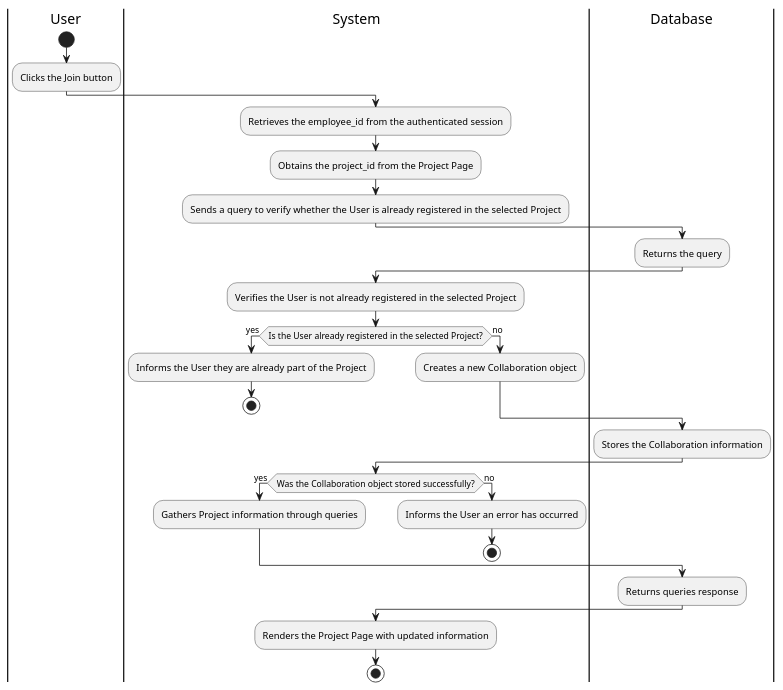
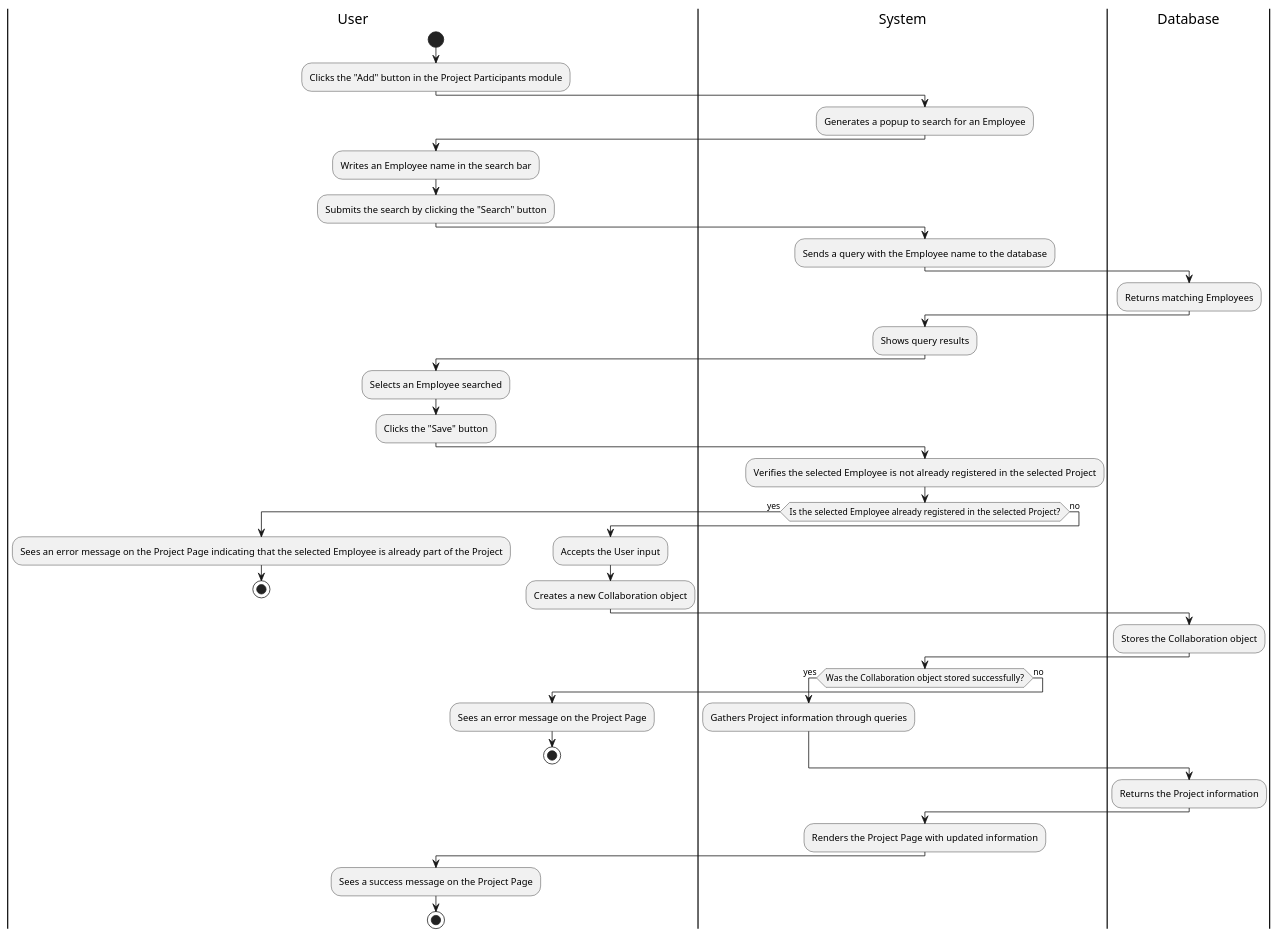
One commit to Berthou05/LimboSoftwareDevelopment_Change.org changed the diagram in documentation/activity_diagrams/PROJ-05-02-ActivityDiagram.puml. Above: the diagram before and after it, drawn with PlantUML. The commit also changed 8 other files, not shown here.

Commit message:
[Chore] Fixed diagrams

```diff
--- a/documentation/activity_diagrams/PROJ-05-02-ActivityDiagram.puml
+++ b/documentation/activity_diagrams/PROJ-05-02-ActivityDiagram.puml
@@ -1,41 +1,59 @@
 @startuml
 |User|
 start
-:Clicks the Join button;
+:Clicks the "Add" button in the Project Participants module;
 
 |System|
-:Retrieves the employee_id from the authenticated session;
-:Obtains the project_id from the Project Page;
-:Sends a query to verify whether the User is already registered in the selected Project;
+:Generates a popup to search for an Employee;
+
+|User|
+:Writes an Employee name in the search bar;
+:Submits the search by clicking the "Search" button;
+
+|System|
+:Sends a query with the Employee name to the database;
 
 |Database|
-:Returns the query;
+:Returns matching Employees;
 
 |System|
-:Verifies the User is not already registered in the selected Project;
+:Shows query results;
 
-if (Is the User already registered in the selected Project?) then (yes)
-    :Informs the User they are already part of the Project;
+|User|
+:Selects an Employee searched;
+:Clicks the "Save" button;
+
+|System|
+:Verifies the selected Employee is not already registered in the selected Project;
+
+if (Is the selected Employee already registered in the selected Project?) then (yes)
+    |User|
+    :Sees an error message on the Project Page indicating that the selected Employee is already part of the Project;
     stop
 else (no)
+    :Accepts the User input;
     :Creates a new Collaboration object;
 endif
 
 |Database|
-:Stores the Collaboration information;
+:Stores the Collaboration object;
 
 |System|
 if (Was the Collaboration object stored successfully?) then (yes)
     :Gathers Project information through queries;
 else (no)
-    :Informs the User an error has occurred;
+    |User|
+    :Sees an error message on the Project Page;
     stop
 endif
 
 |Database|
-:Returns queries response;
+:Returns the Project information;
 
 |System|
 :Renders the Project Page with updated information;
+
+|User|
+:Sees a success message on the Project Page;
 stop
 @enduml
```
